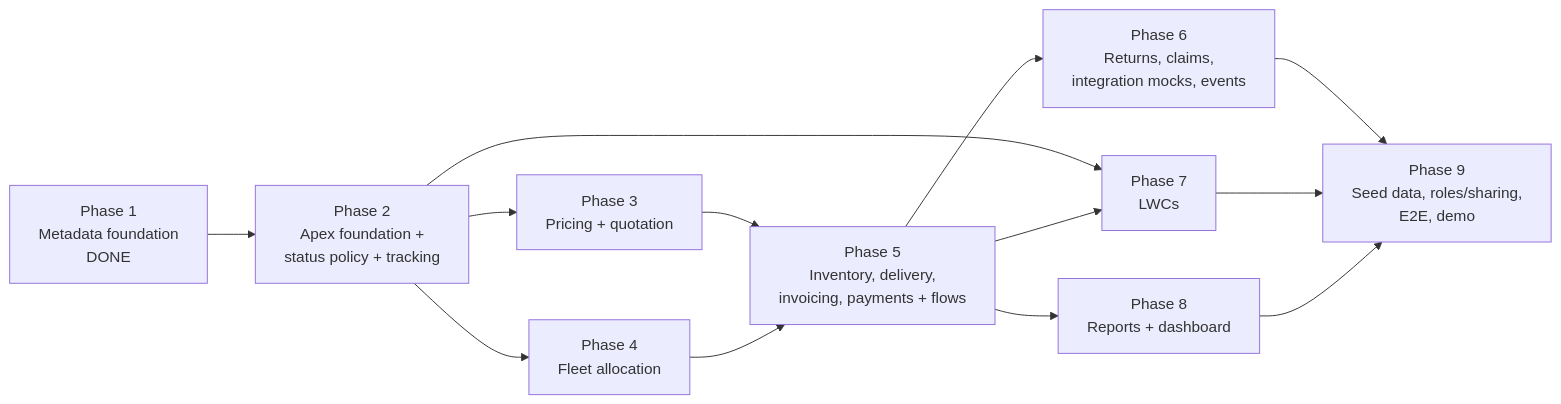
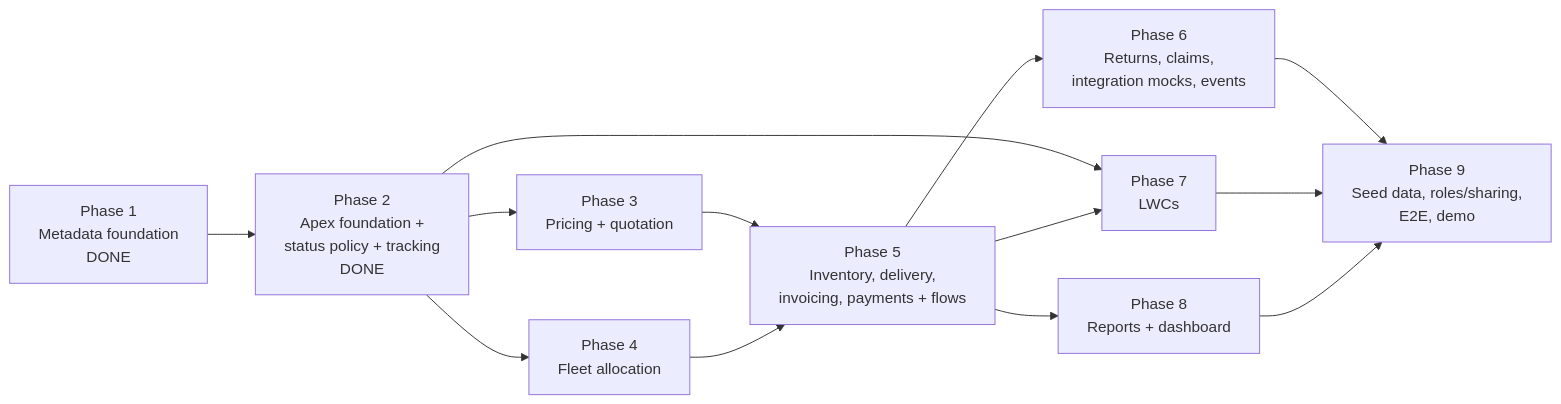
The second of 2 diagrams in docs/SOLUTION_ARCHITECTURE.md (roopan78/eLogix), drawn with Mermaid before and after one commit. The commit also changed other lines of this file and 81 other files, not shown here.

First line of the commit message:
feat: implement Phase 2 Apex foundation

````diff
--- a/docs/SOLUTION_ARCHITECTURE.md
+++ b/docs/SOLUTION_ARCHITECTURE.md
@@ -106,15 +124,15 @@
 ```mermaid
 flowchart LR
-    P1[Phase 1<br/>Metadata foundation<br/>DONE] --> P2[Phase 2<br/>Apex foundation +<br/>status policy + tracking]
+    P1[Phase 1<br/>Metadata foundation<br/>DONE] --> P2[Phase 2<br/>Apex foundation +<br/>status policy + tracking<br/>DONE]
     P2 --> P3[Phase 3<br/>Pricing + quotation]
     P2 --> P4[Phase 4<br/>Fleet allocation]
     P3 --> P5[Phase 5<br/>Inventory, delivery,<br/>invoicing, payments + flows]
     P4 --> P5
     P5 --> P6[Phase 6<br/>Returns, claims,<br/>integration mocks, events]
     P2 --> P7[Phase 7<br/>LWCs]
     P5 --> P7
     P5 --> P8[Phase 8<br/>Reports + dashboard]
     P6 --> P9[Phase 9<br/>Seed data, roles/sharing,<br/>E2E, demo]
     P7 --> P9
     P8 --> P9
 ```
````
